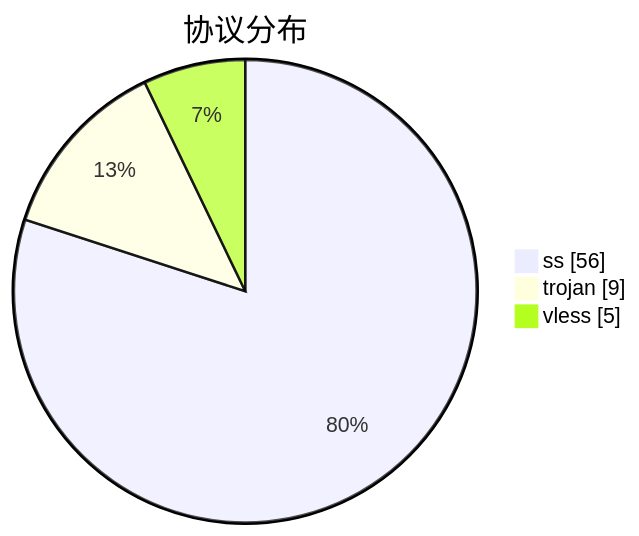
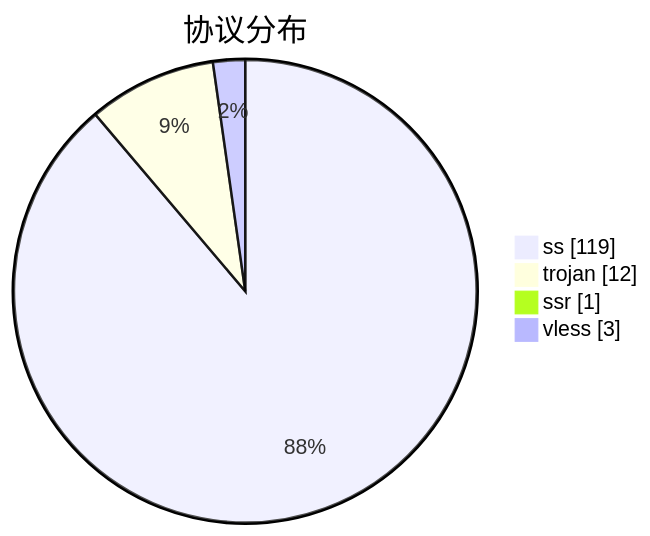
One commit to qjlxg/airport changed the third of 3 diagrams in subs/statistics/tested_within.md. Above: the diagram before and after it, drawn with Mermaid. The commit also changed other lines of this file and 2 other files, not shown here.

````diff
--- a/subs/statistics/tested_within.md
+++ b/subs/statistics/tested_within.md
@@ -23,7 +32,8 @@
 ```mermaid
 pie showData
 title 协议分布
-"ss" : 56
-"trojan" : 9
-"vless" : 5
+"ss" : 119
+"trojan" : 12
+"ssr" : 1
+"vless" : 3
 ```
````
